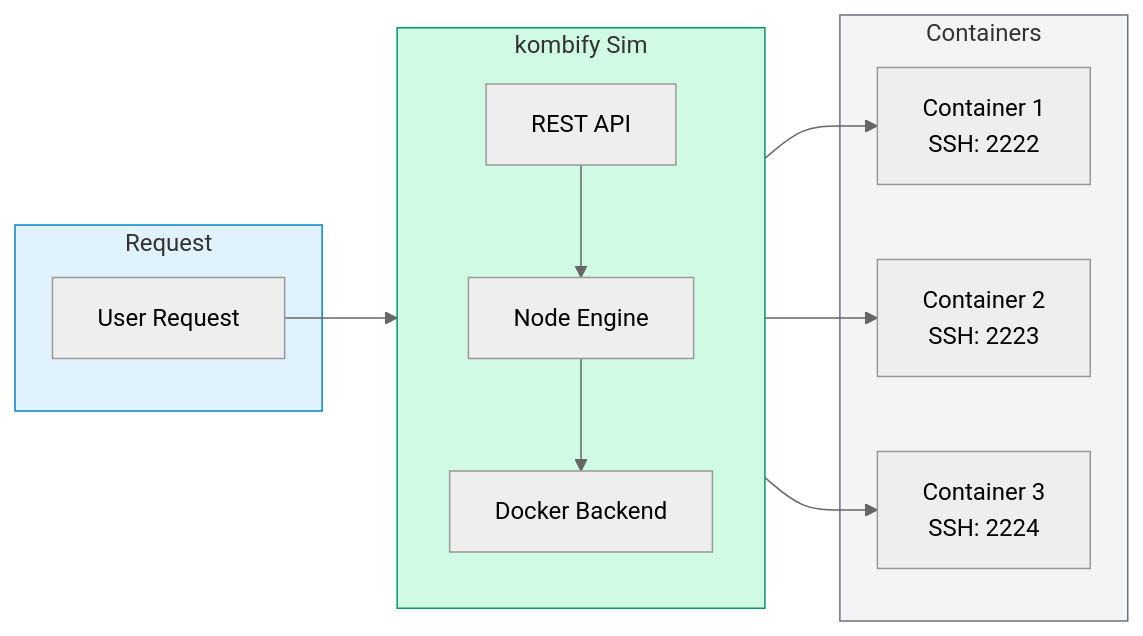
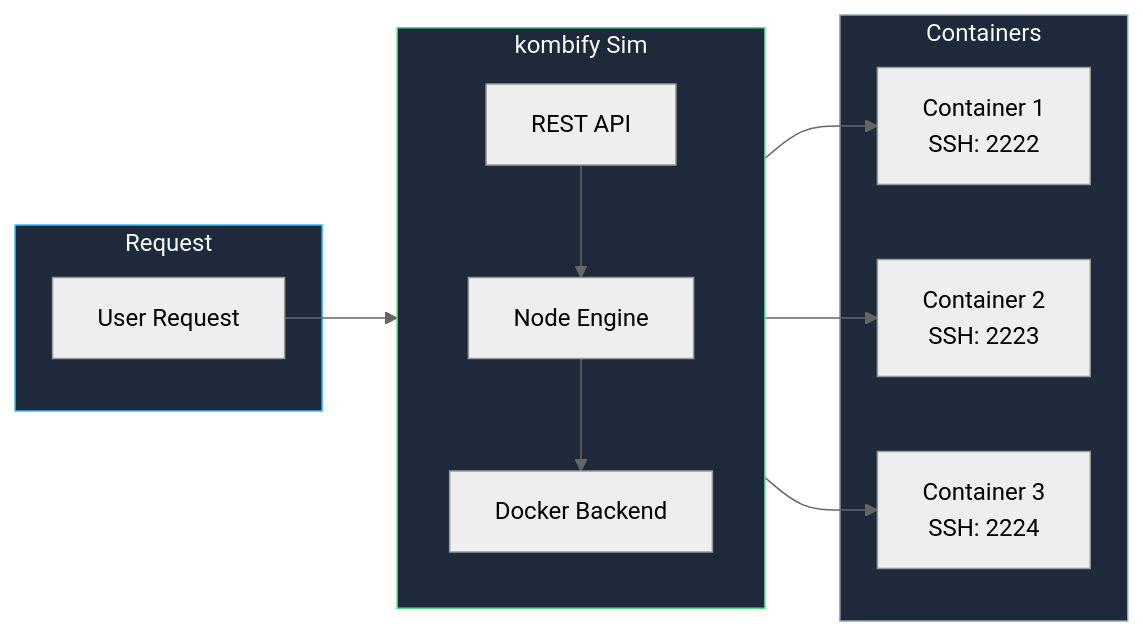
The third of 9 diagrams in concepts/architecture.mdx (KombiverseLabs/docs), drawn with Mermaid (neutral theme) before and after one commit. The commit also changed other lines of this file and 33 other files, not shown here.

````diff
--- a/concepts/architecture.mdx
+++ b/concepts/architecture.mdx
@@ -141,28 +139,28 @@
 ```mermaid
 graph LR
     subgraph Request
         User["User Request"]
     end
 
     subgraph Sim["kombify Sim"]
         direction TB
         API["REST API"]
         Engine["Node Engine"]
         Docker["Docker Backend"]
         
         API --> Engine --> Docker
     end
 
     subgraph Containers
         C1["Container 1<br/>SSH: 2222"]
         C2["Container 2<br/>SSH: 2223"]
         C3["Container 3<br/>SSH: 2224"]
     end
 
     User --> API
     Docker --> C1 & C2 & C3
 
-    style Request fill:#e0f2fe,stroke:#0284c7
-    style Sim fill:#d1fae5,stroke:#059669
-    style Containers fill:#f3f4f6,stroke:#6b7280
+    style Request fill:#1e293b,stroke:#38bdf8,color:#f8fafc
+    style Sim fill:#1e293b,stroke:#4ade80,color:#f8fafc
+    style Containers fill:#1e293b,stroke:#94a3b8,color:#f8fafc
 ```
````
